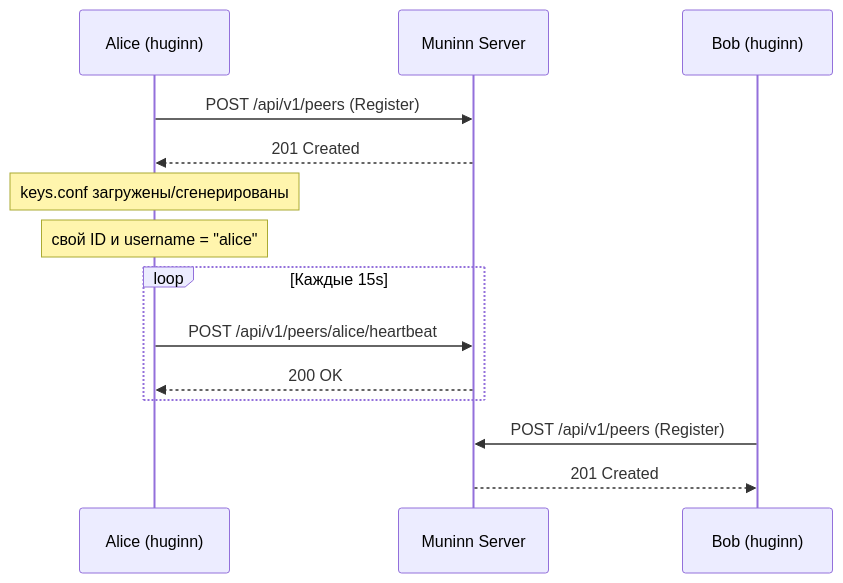
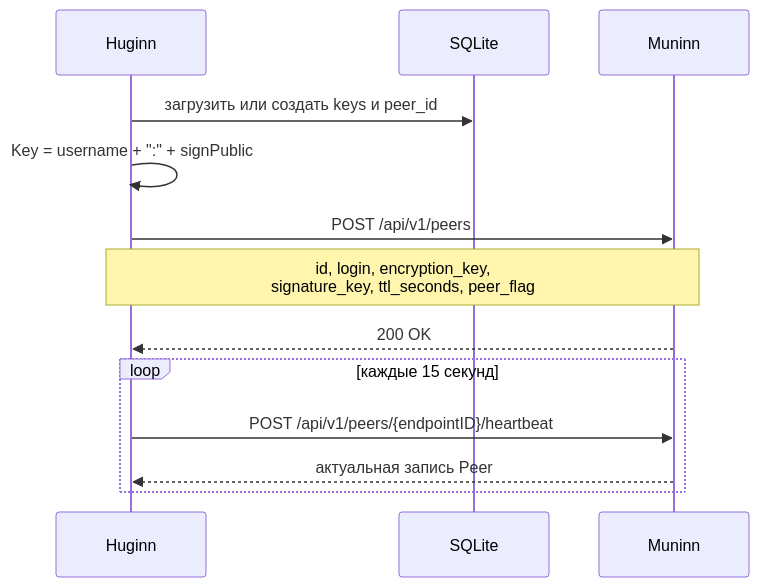
Before and after one commit to killbane1232/huginn-messenger: the second of 9 diagrams in docs/architecture.md, drawn with Mermaid. The commit also changed other lines of this file and 1 other file, not shown here.

````diff
--- a/docs/architecture.md
+++ b/docs/architecture.md
@@ -5,19 +67,17 @@
 ```mermaid
 sequenceDiagram
-    participant A as Alice (huginn)
-    participant M as Muninn Server
-    participant B as Bob (huginn)
+    participant H as Huginn
+    participant DB as SQLite
+    participant M as Muninn
 
-    A->>M: POST /api/v1/peers (Register)
-    M-->>A: 201 Created
-    Note over A: keys.conf загружены/сгенерированы
-    Note over A: свой ID и username = "alice"
+    H->>DB: загрузить или создать keys и peer_id
+    H->>H: Key = username + ":" + signPublic
+    H->>M: POST /api/v1/peers
+    Note over H,M: id, login, encryption_key,<br/>signature_key, ttl_seconds, peer_flag
+    M-->>H: 200 OK
 
-    loop Каждые 15s
-        A->>M: POST /api/v1/peers/alice/heartbeat
-        M-->>A: 200 OK
+    loop каждые 15 секунд
+        H->>M: POST /api/v1/peers/{endpointID}/heartbeat
+        M-->>H: актуальная запись Peer
     end
-
-    B->>M: POST /api/v1/peers (Register)
-    M-->>B: 201 Created
 ```
````
